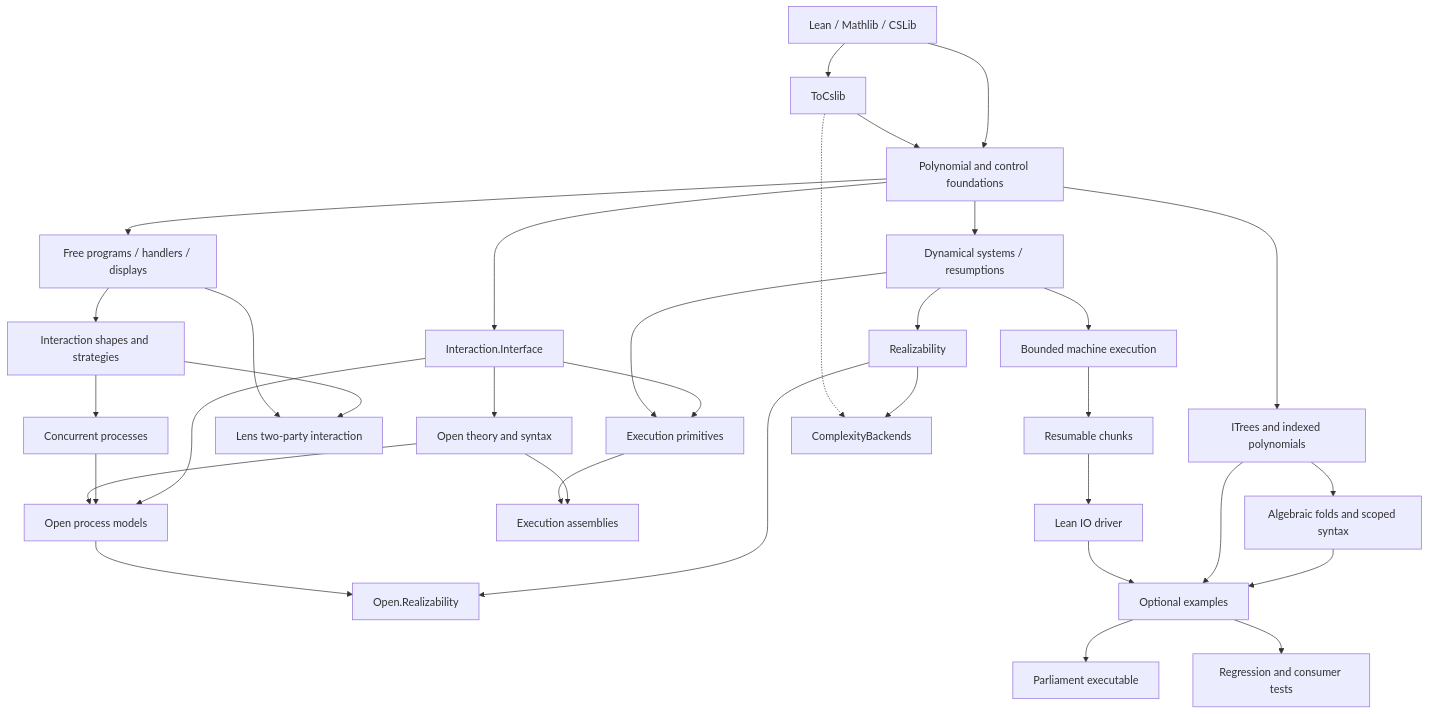
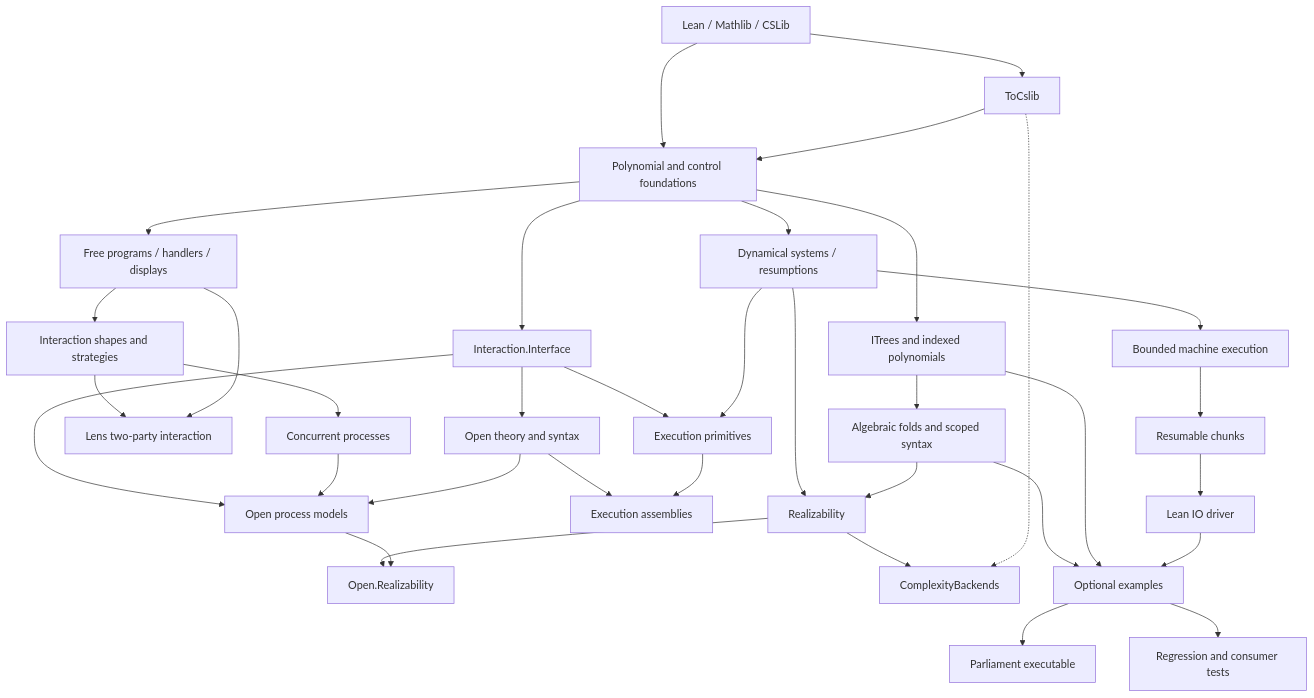
One commit to Verified-zkEVM/PolyFun changed the diagram in docs/reference/repo-map.md. Above: the diagram before and after it, drawn with Mermaid. The commit also changed other lines of this file and 5 other files, not shown here.

````diff
--- a/docs/reference/repo-map.md
+++ b/docs/reference/repo-map.md
@@ -106,36 +108,37 @@
 ```mermaid
 flowchart TD
   U[Lean / Mathlib / CSLib] --> T[ToCslib]
   U --> P[Polynomial and control foundations]
   T --> P
   P --> F[Free programs / handlers / displays]
   P --> D[Dynamical systems / resumptions]
   D --> BD[Bounded machine execution]
   BD --> RC[Resumable chunks]
   RC --> IO[Lean IO driver]
   P --> I[ITrees and indexed polynomials]
   F --> S[Interaction shapes and strategies]
   S --> L[Lens two-party interaction]
   F --> L
   S --> C[Concurrent processes]
   P --> B[Interaction.Interface]
   B --> O[Open theory and syntax]
   B --> E[Execution primitives]
   D --> E
   O --> A[Execution assemblies]
   E --> A
   B --> OP[Open process models]
   C --> OP
   O --> OP
   D --> R[Realizability]
   R --> OR[Open.Realizability]
   OP --> OR
   R --> AD[ComplexityBackends]
   T -.-> AD
   I --> SF[Algebraic folds and scoped syntax]
+  SF --> R
   SF --> EX[Optional examples]
   I --> EX
   IO --> EX
   EX --> CLI[Parliament executable]
   EX --> TEST[Regression and consumer tests]
 ```
````
